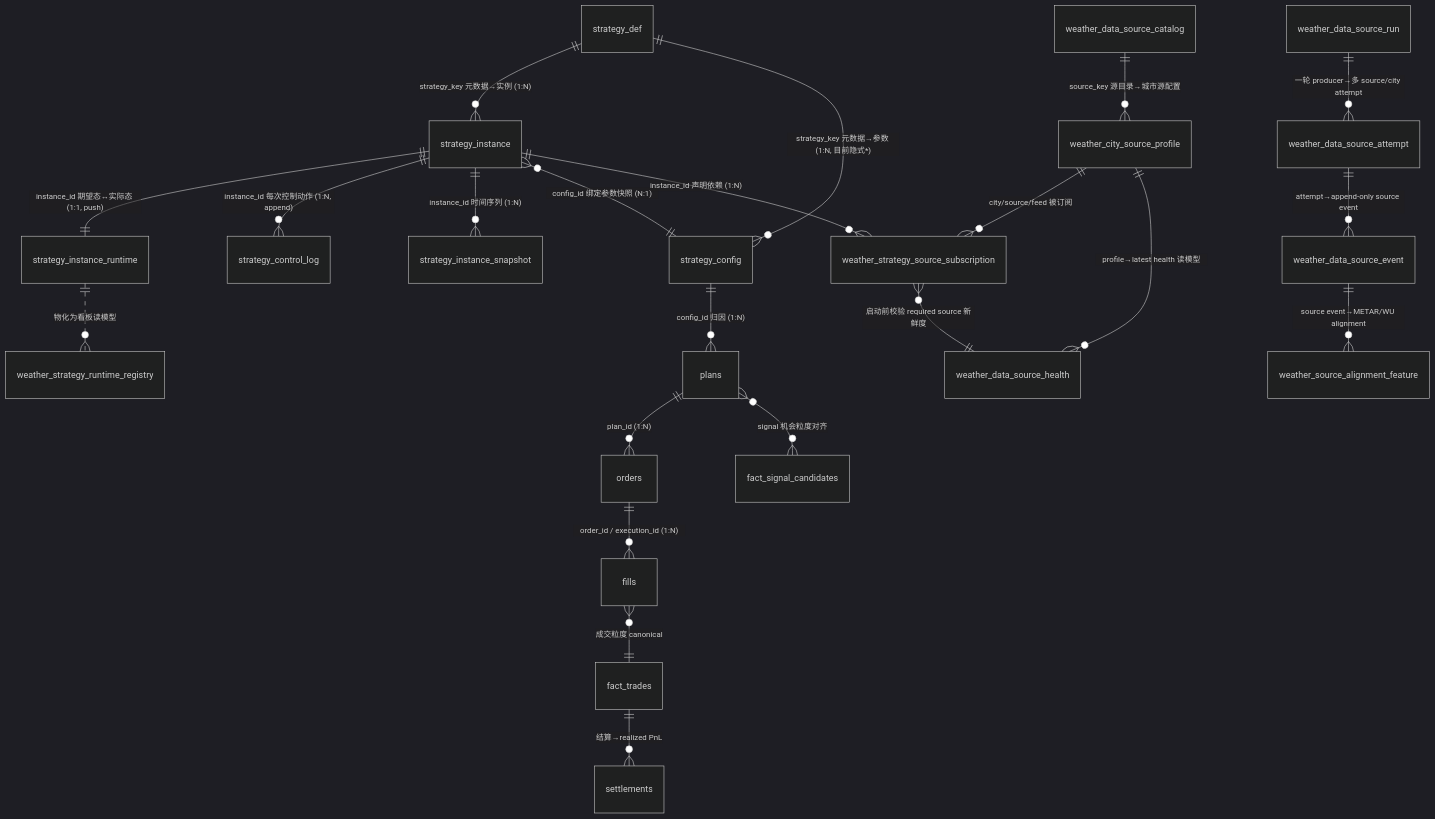
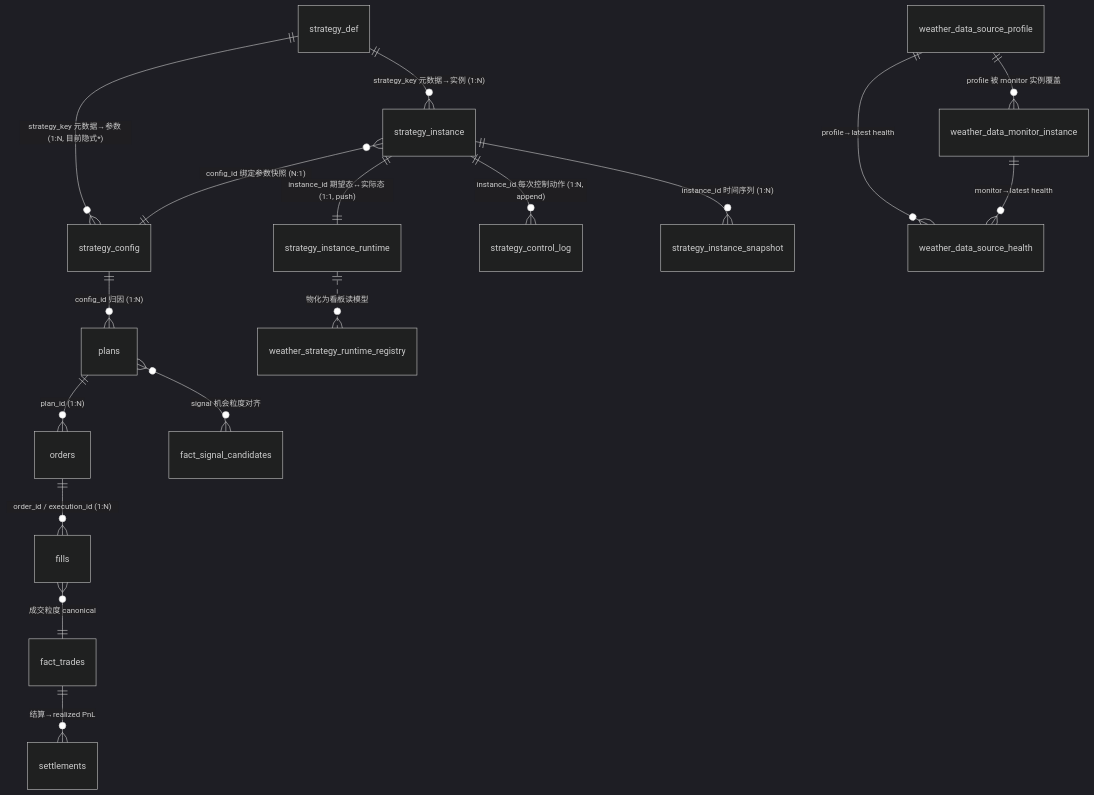
Before and after one commit to jiaruihz/pm_agents: the diagram in docs/WEATHER_STRATEGY_RUNTIME_PLATFORM_DESIGN.md, drawn with Mermaid (dark theme). The commit also changed other lines of this file, not shown here.

Commit message:
Refine data-source management schema scope

````diff
--- a/docs/WEATHER_STRATEGY_RUNTIME_PLATFORM_DESIGN.md
+++ b/docs/WEATHER_STRATEGY_RUNTIME_PLATFORM_DESIGN.md
@@ -925,29 +1001,24 @@
 ```mermaid
 erDiagram
     %% ── 定义面（元数据）──
     strategy_def ||--o{ strategy_instance : "strategy_key 元数据→实例 (1:N)"
     strategy_def ||--o{ strategy_config : "strategy_key 元数据→参数 (1:N, 目前隐式*)"
     %% ── 控制面 / 运行时面 ──
     strategy_instance ||--|| strategy_instance_runtime : "instance_id 期望态↔实际态 (1:1, push)"
     strategy_instance ||--o{ strategy_control_log : "instance_id 每次控制动作 (1:N, append)"
     strategy_instance ||--o{ strategy_instance_snapshot : "instance_id 时间序列 (1:N)"
     %% ── 实例 → 主血缘（attribution 桥）──
     strategy_instance }o--|| strategy_config : "config_id 绑定参数快照 (N:1)"
     strategy_config ||--o{ plans : "config_id 归因 (1:N)"
     plans ||--o{ orders : "plan_id (1:N)"
     orders ||--o{ fills : "order_id / execution_id (1:N)"
     plans }o--o{ fact_signal_candidates : "signal 机会粒度对齐"
     fills }o--|| fact_trades : "成交粒度 canonical"
     fact_trades ||--o{ settlements : "结算→realized PnL"
     %% ── 数据源面 ──
-    weather_data_source_catalog ||--o{ weather_city_source_profile : "source_key 源目录→城市源配置"
-    strategy_instance ||--o{ weather_strategy_source_subscription : "instance_id 声明依赖 (1:N)"
-    weather_city_source_profile ||--o{ weather_strategy_source_subscription : "city/source/feed 被订阅"
-    weather_data_source_run ||--o{ weather_data_source_attempt : "一轮 producer→多 source/city attempt"
-    weather_data_source_attempt ||--o{ weather_data_source_event : "attempt→append-only source event"
-    weather_city_source_profile ||--o{ weather_data_source_health : "profile→latest health 读模型"
-    weather_data_source_event ||--o{ weather_source_alignment_feature : "source event→METAR/WU alignment"
-    weather_strategy_source_subscription }o--|| weather_data_source_health : "启动前校验 required source 新鲜度"
+    weather_data_source_profile ||--o{ weather_data_monitor_instance : "profile 被 monitor 实例覆盖"
+    weather_data_source_profile ||--o{ weather_data_source_health : "profile→latest health"
+    weather_data_monitor_instance ||--o{ weather_data_source_health : "monitor→latest health"
     %% ── 只读读模型 ──
     strategy_instance_runtime ||..o{ weather_strategy_runtime_registry : "物化为看板读模型"
 ```
````
